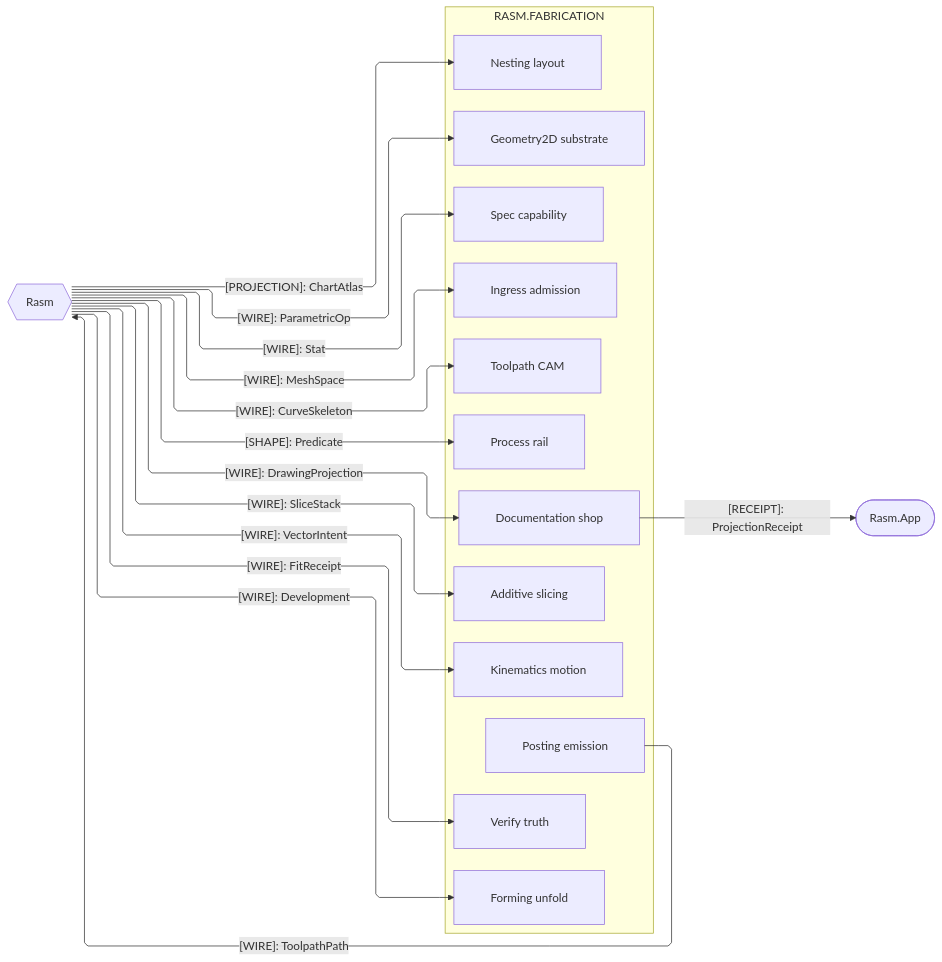
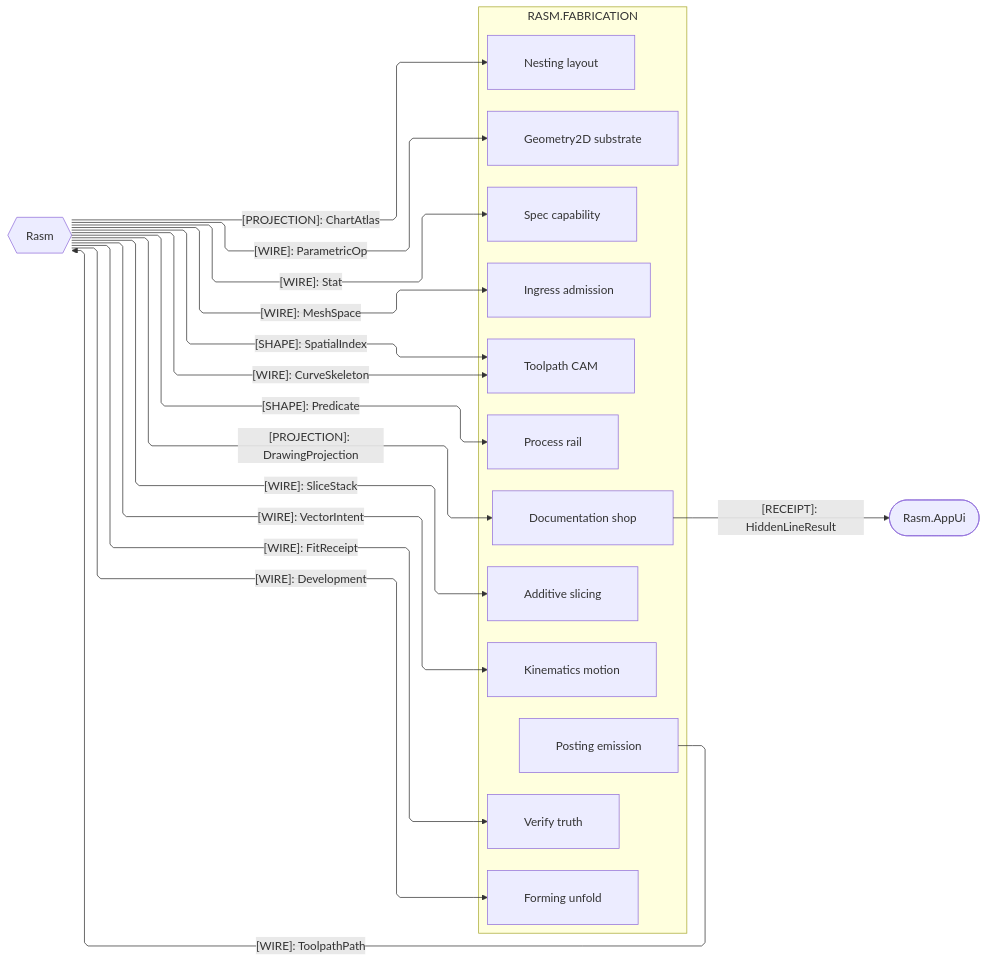
The third of 3 diagrams in libs/csharp/Rasm.Fabrication/ARCHITECTURE.md (bsamiee/Rasm), drawn with Mermaid before and after one commit. The commit also changed other lines of this file and 486 other files, not shown here.

````diff
--- a/libs/csharp/Rasm.Fabrication/ARCHITECTURE.md
+++ b/libs/csharp/Rasm.Fabrication/ARCHITECTURE.md
@@ -224,41 +229,42 @@
 ```mermaid
 ---
 config:
   layout: elk
   flowchart:
     curve: linear
     padding: 25
 ---
 flowchart LR
     accTitle: Fabrication kernel and platform seams
-    accDescr: Fabrication sub-domain owners consuming kernel geometry from Rasm, publishing the toolpath pack back into it, and delivering the hidden-line receipt to the app shell, one labeled edge per contract family.
+    accDescr: Fabrication sub-domain owners consuming kernel geometry from Rasm, publishing the toolpath pack back into it, and delivering the hidden-line receipt to the app-platform UI package, one labeled edge per contract family.
     subgraph fabrication[RASM.FABRICATION]
         Process[Process rail]
         Ingress[Ingress admission]
         Geometry2D[Geometry2D substrate]
         Toolpath[Toolpath CAM]
         Additive[Additive slicing]
         Forming[Forming unfold]
         Kinematics[Kinematics motion]
         Nesting[Nesting layout]
         Spec[Spec capability]
         Verify[Verify truth]
         Documentation[Documentation shop]
         Posting[Posting emission]
     end
     Rasm{{Rasm}}
-    App([Rasm.App])
+    AppUi([Rasm.AppUi])
     Rasm e1@-->|"[SHAPE]: Predicate"| Process
     Rasm e2@-->|"[WIRE]: MeshSpace"| Ingress
     Rasm e3@-->|"[WIRE]: ParametricOp"| Geometry2D
     Rasm e4@-->|"[WIRE]: CurveSkeleton"| Toolpath
     Rasm e5@-->|"[WIRE]: SliceStack"| Additive
     Rasm e6@-->|"[WIRE]: Development"| Forming
     Rasm e7@-->|"[WIRE]: VectorIntent"| Kinematics
     Rasm e9@-->|"[PROJECTION]: ChartAtlas"| Nesting
     Rasm e10@-->|"[WIRE]: Stat"| Spec
     Rasm e11@-->|"[WIRE]: FitReceipt"| Verify
-    Rasm e12@-->|"[WIRE]: DrawingProjection"| Documentation
+    Rasm e12@-->|"[PROJECTION]: DrawingProjection"| Documentation
     Posting e13@-->|"[WIRE]: ToolpathPath"| Rasm
-    Documentation e14@-->|"[RECEIPT]: ProjectionReceipt"| App
+    Documentation e14@-->|"[RECEIPT]: HiddenLineResult"| AppUi
+    Rasm e15@-->|"[SHAPE]: SpatialIndex"| Toolpath
 ```
````
